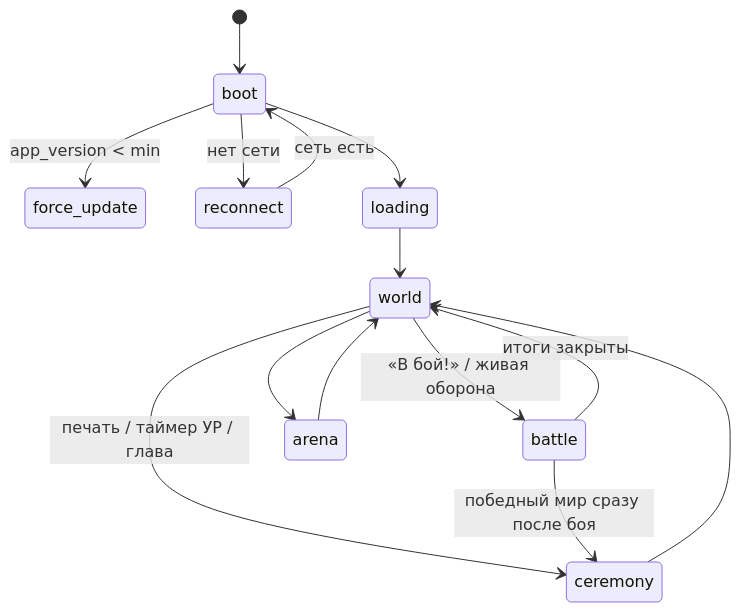
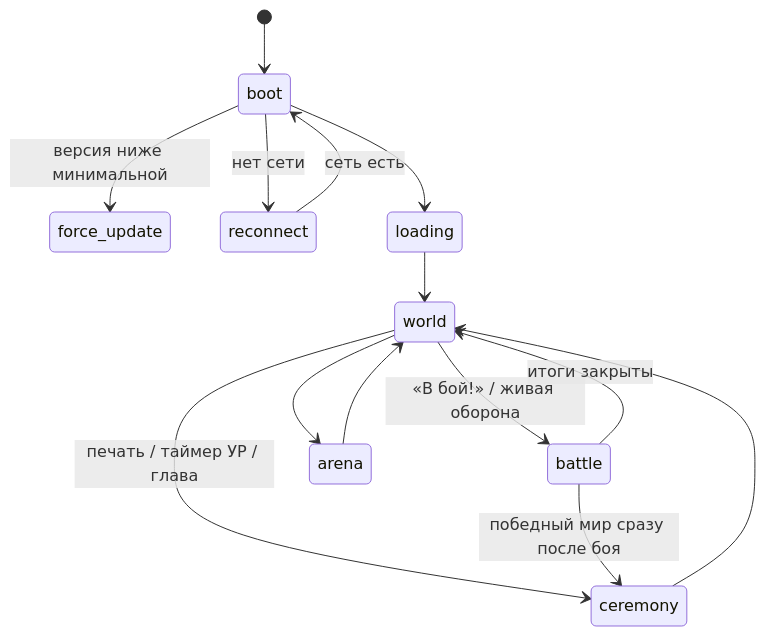
Before and after one commit to kaboomenko/Raivon: the fourth of 14 diagrams in docs/gdd/12_tech_analytics_roadmap.md, drawn with Mermaid. The commit also changed other lines of this file and 1 other file, not shown here.

````diff
--- a/docs/gdd/12_tech_analytics_roadmap.md
+++ b/docs/gdd/12_tech_analytics_roadmap.md
@@ -474,16 +474,16 @@
 ```mermaid
 stateDiagram-v2
   [*] --> boot
-  boot --> force_update: app_version < min
+  boot --> force_update: версия ниже минимальной
   boot --> reconnect: нет сети
   reconnect --> boot: сеть есть
   boot --> loading
   loading --> world
   world --> battle: «В бой!» / живая оборона
   battle --> world: итоги закрыты
   world --> ceremony: печать / таймер УР / глава
   battle --> ceremony: победный мир сразу после боя
   ceremony --> world
   world --> arena
   arena --> world
 ```
````
